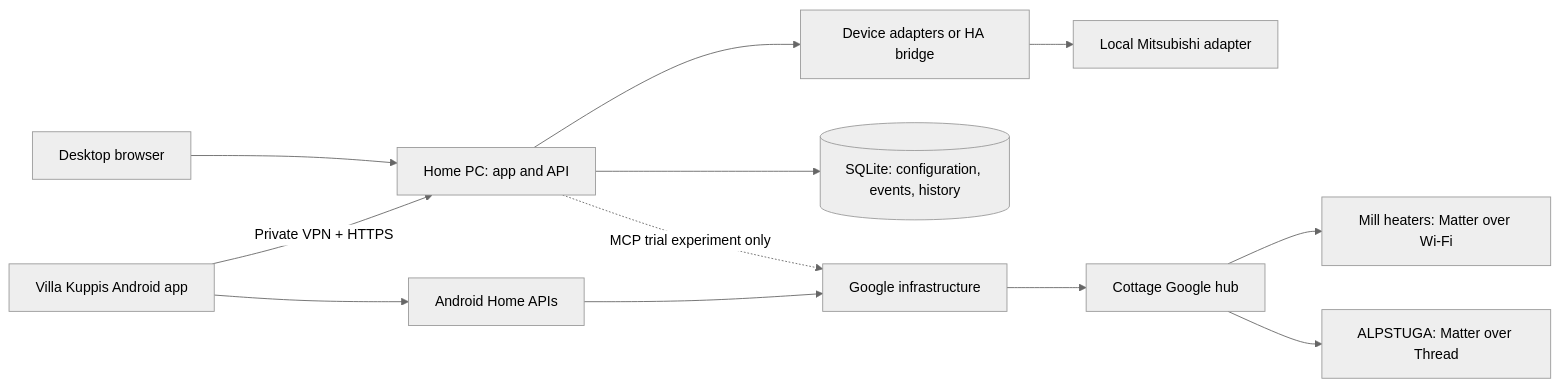
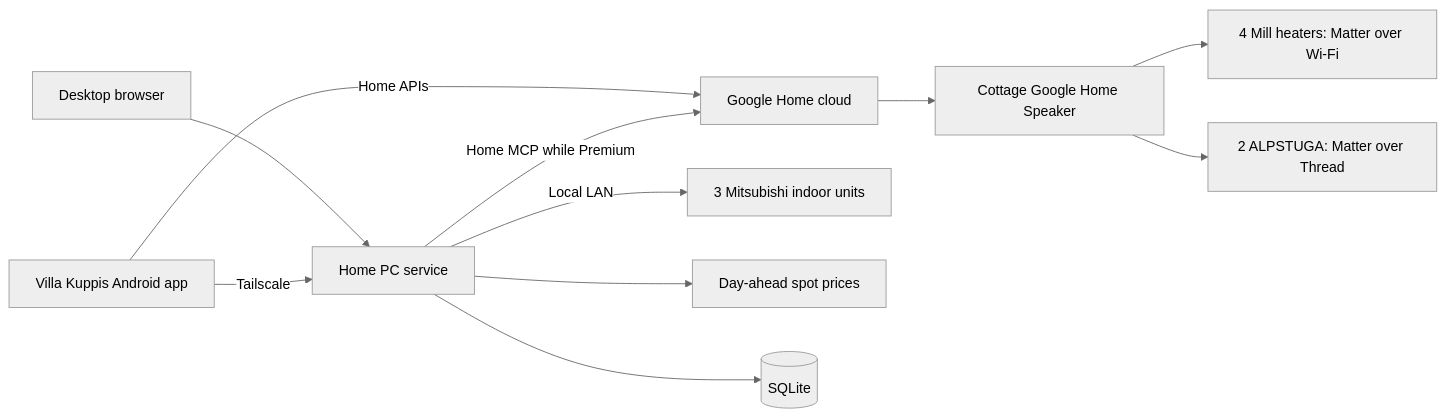
The diagram in docs/architecture.md (Vkuparin/villa-kuppis), drawn with Mermaid (neutral theme) before and after one commit. The commit also changed other lines of this file and 18 other files, not shown here.

````diff
--- a/docs/architecture.md
+++ b/docs/architecture.md
@@ -11,14 +14,13 @@
 ```mermaid
 flowchart LR
-  Phone[Villa Kuppis Android app] -->|Private VPN + HTTPS| PC[Home PC: app and API]
-  Phone --> SDK[Android Home APIs]
-  SDK --> Google[Google infrastructure]
-  Desktop[Desktop browser] --> PC
-  PC --> DB[(SQLite: configuration, events, history)]
-  PC --> Adapter[Device adapters or HA bridge]
-  Adapter --> Pump[Local Mitsubishi adapter]
-  PC -. MCP trial experiment only .-> Google
-  Google --> Speaker[Cottage Google hub]
-  Speaker --> Mill[Mill heaters: Matter over Wi-Fi]
-  Speaker --> Sensors[ALPSTUGA: Matter over Thread]
+  Desktop[Desktop browser] --> PC[Home PC service]
+  Phone[Villa Kuppis Android app] -->|Tailscale| PC
+  Phone -->|Home APIs| Google[Google Home cloud]
+  PC -->|Local LAN| Pumps[3 Mitsubishi indoor units]
+  PC -->|Home MCP while Premium| Google
+  PC --> Prices[Day-ahead spot prices]
+  PC --> DB[(SQLite)]
+  Google --> Hub[Cottage Google Home Speaker]
+  Hub --> Mill[4 Mill heaters: Matter over Wi-Fi]
+  Hub --> Sensors[2 ALPSTUGA: Matter over Thread]
 ```
````
